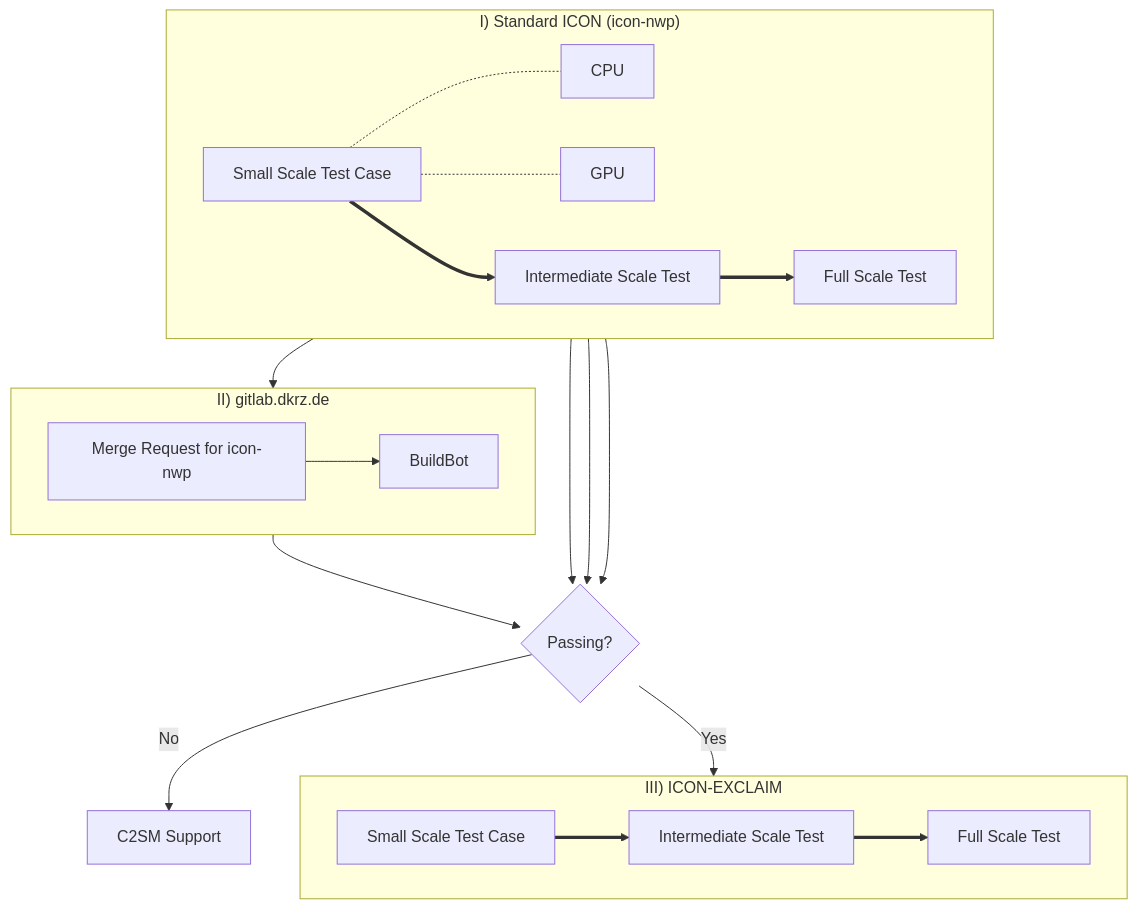
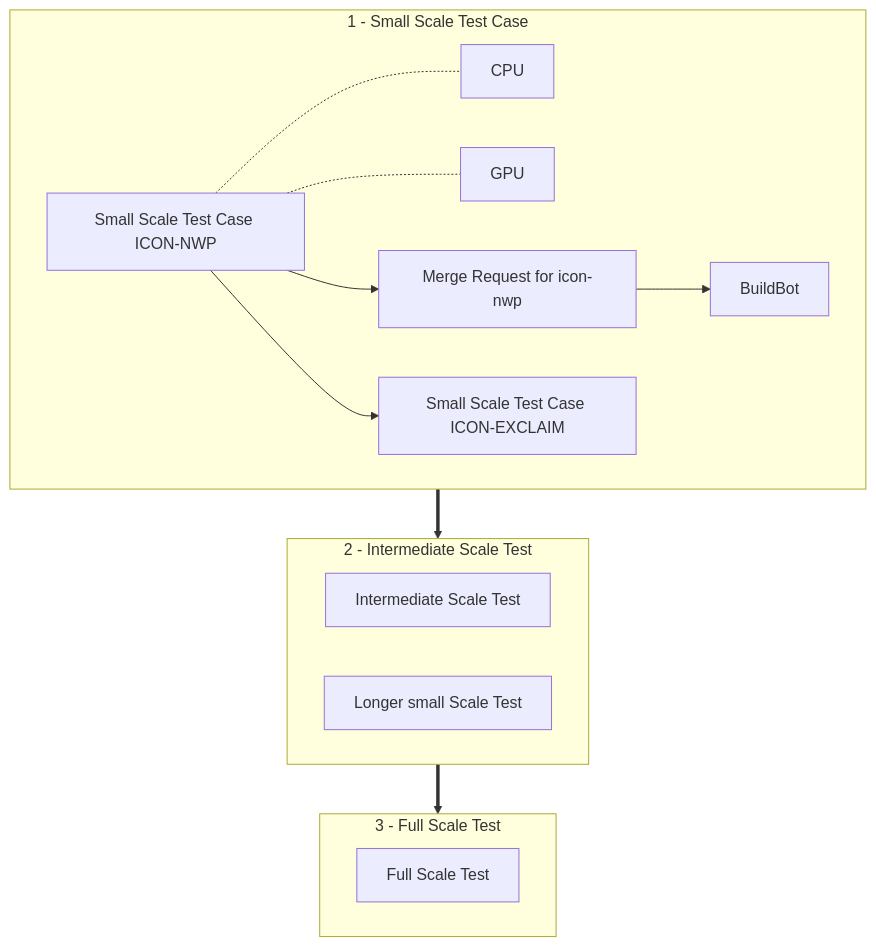
One commit to C2SM/c2sm.github.io changed the diagram in docs/models/icon/large_use_cases.md. Above: the diagram before and after it, drawn with Mermaid. The commit also changed other lines of this file, not shown here.

Commit message:
ref: introduce exclaim earlier

````diff
--- a/docs/models/icon/large_use_cases.md
+++ b/docs/models/icon/large_use_cases.md
@@ -9,28 +11,17 @@
 ```mermaid
 flowchart TD
-    C[C2SM Support]
-    ST[Small Scale Test Case]
-    IT[Intermediate Scale Test]
-    FT[Full Scale Test]
-    P{Passing?}
-    subgraph "I) Standard ICON (icon-nwp)"
+    subgraph SMALL["1 - Small Scale Test Case"]
+        STnwp[Small Scale Test Case ICON-NWP] -.- CPU & GPU
+        STnwp --> MR[Merge Request for icon-nwp]
+        MR --> BB[BuildBot]
+        STnwp --> STexc[Small Scale Test Case ICON-EXCLAIM]
+    end
+    subgraph INT["2 - Intermediate Scale Test"]
+        IT[Intermediate Scale Test] & LST[Longer small Scale Test]
+    end
+    subgraph FULL["3 - Full Scale Test"]
         direction LR
-        ST -.- CPU & GPU
-        ST ==> IT
-        IT ==> FT
+        FT[Full Scale Test]
     end
-    BB --> P
-    ST & IT & FT --> P
-    P --> |Yes| EST
-    P --> |No| C
-    subgraph "II) gitlab.dkrz.de"
-        direction LR
-        ST --> MR[Merge Request for icon-nwp]
-        MR --> BB[BuildBot]
-    end
-    subgraph "III) ICON-EXCLAIM"
-        direction LR
-        EST[Small Scale Test Case] ==> EIT[Intermediate Scale Test]
-        EIT                        ==> EFT[Full Scale Test]
-    end
+    SMALL ==> INT ==> FULL
 ```
````
